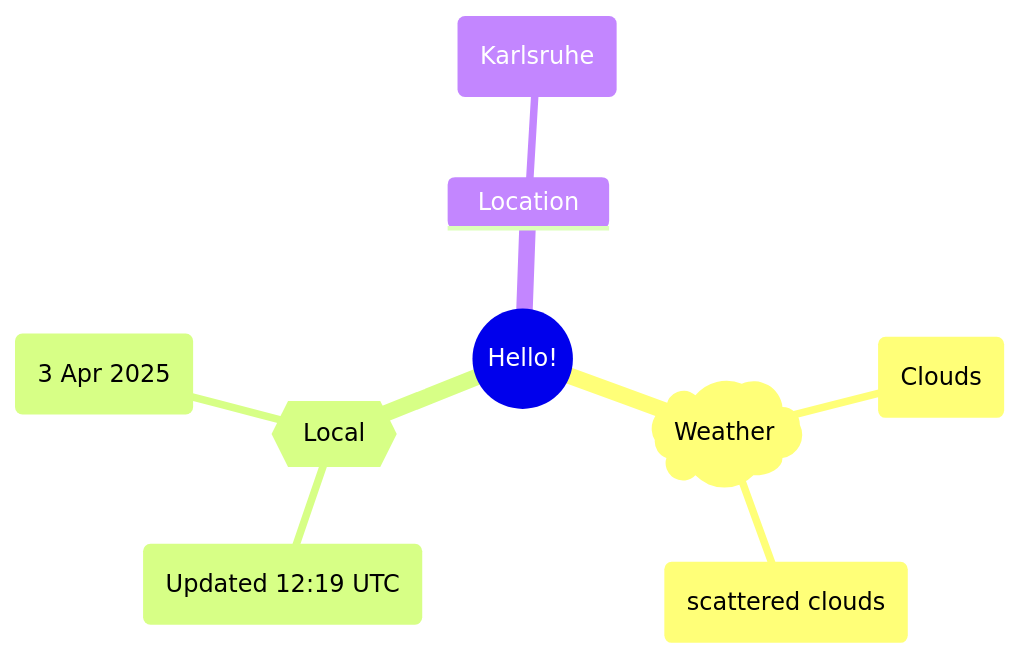
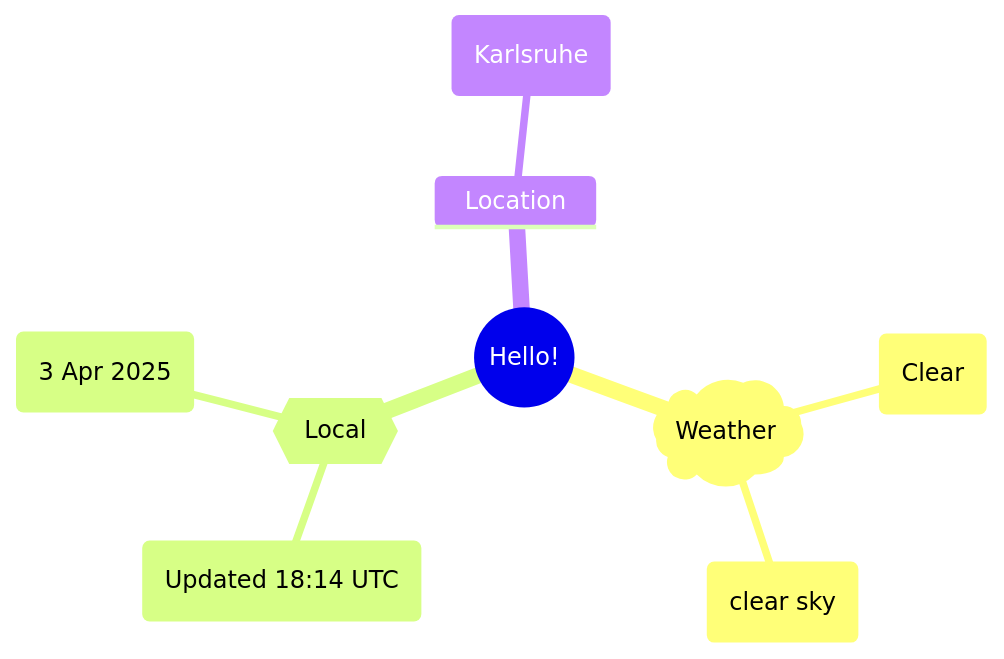
One commit to Xosrov/Xosrov changed the first of 2 diagrams in README.md. Above: the diagram before and after it, drawn with Mermaid.

Commit message:
[bot] updated images

````diff
--- a/README.md
+++ b/README.md
@@ -3,12 +3,12 @@
 ```mermaid
 mindmap
   root((Hello!))
     )Weather(
-        (Clouds)
-        (scattered clouds)
+        (Clear)
+        (clear sky)
     {{Local}}
-        (Updated 12:19 UTC)
+        (Updated 18:14 UTC)
         (3 Apr 2025)
     Location
         (Karlsruhe)
 ```
````
